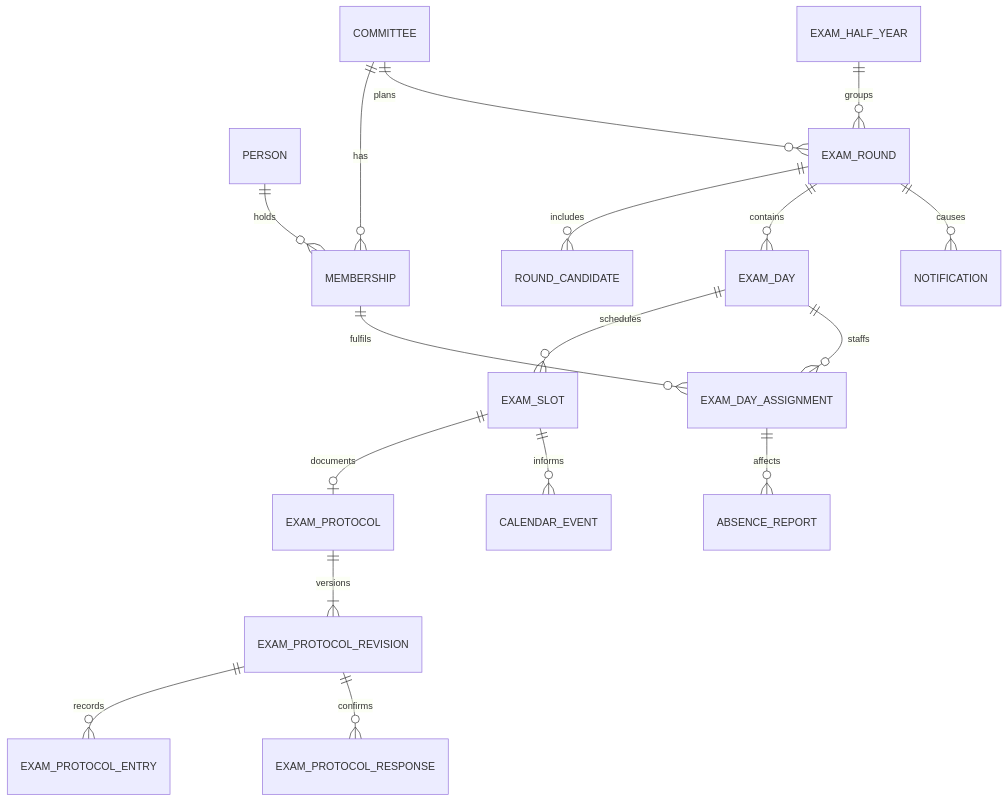
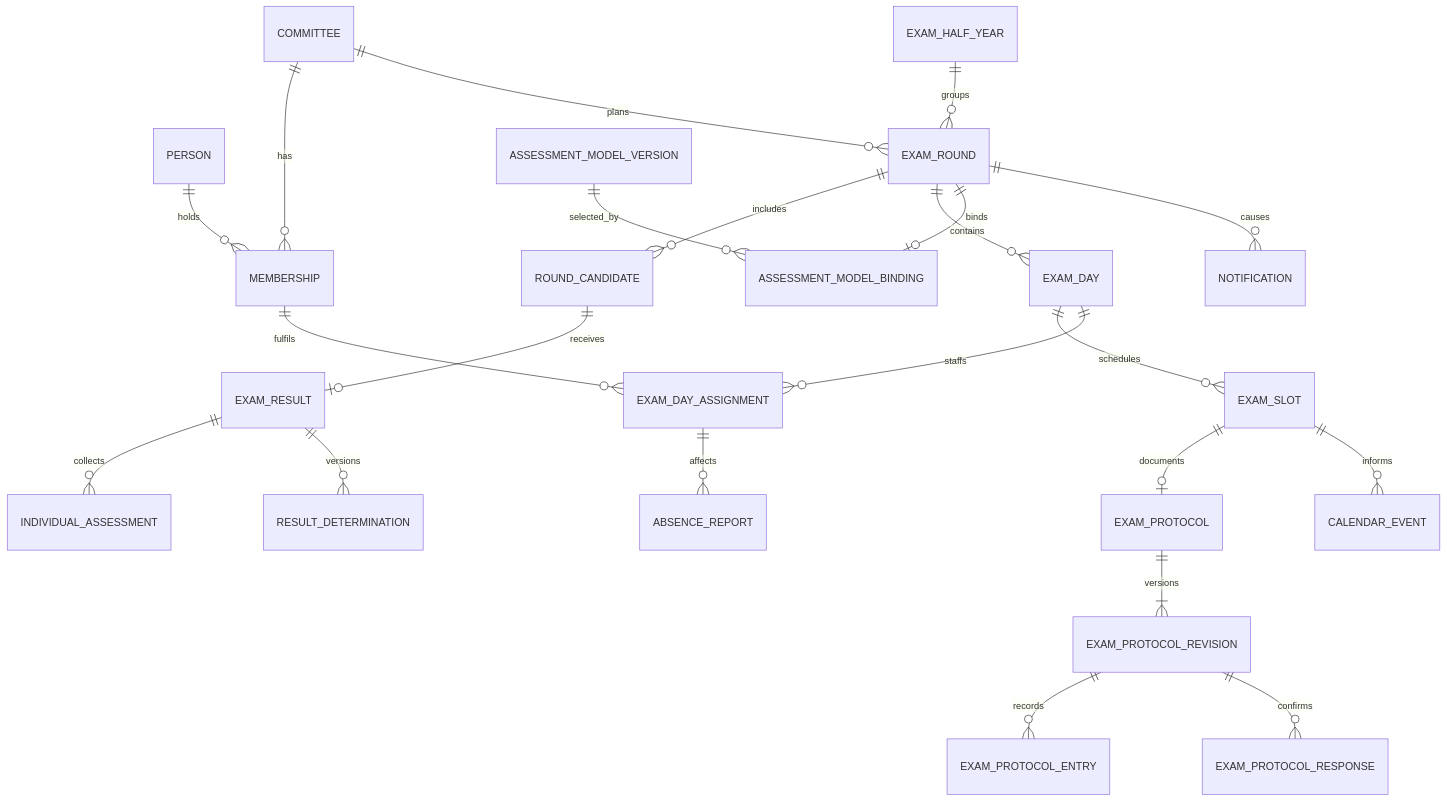
The diagram in docs/developers/domain-model.md (lxndrp/lzug), drawn with Mermaid before and after one commit. The commit also changed other lines of this file and 45 other files, not shown here.

Commit message:
Implement exam result workflow

````diff
--- a/docs/developers/domain-model.md
+++ b/docs/developers/domain-model.md
@@ -9,19 +9,24 @@
 ```mermaid
 erDiagram
   COMMITTEE ||--o{ MEMBERSHIP : has
   PERSON ||--o{ MEMBERSHIP : holds
   COMMITTEE ||--o{ EXAM_ROUND : plans
   EXAM_HALF_YEAR ||--o{ EXAM_ROUND : groups
   EXAM_ROUND ||--o{ ROUND_CANDIDATE : includes
   EXAM_ROUND ||--o{ EXAM_DAY : contains
   EXAM_DAY ||--o{ EXAM_SLOT : schedules
   EXAM_SLOT ||--o| EXAM_PROTOCOL : documents
   EXAM_PROTOCOL ||--|{ EXAM_PROTOCOL_REVISION : versions
   EXAM_PROTOCOL_REVISION ||--o{ EXAM_PROTOCOL_ENTRY : records
   EXAM_PROTOCOL_REVISION ||--o{ EXAM_PROTOCOL_RESPONSE : confirms
+  EXAM_ROUND ||--o| ASSESSMENT_MODEL_BINDING : binds
+  ASSESSMENT_MODEL_VERSION ||--o{ ASSESSMENT_MODEL_BINDING : selected_by
+  ROUND_CANDIDATE ||--o| EXAM_RESULT : receives
+  EXAM_RESULT ||--o{ INDIVIDUAL_ASSESSMENT : collects
+  EXAM_RESULT ||--o{ RESULT_DETERMINATION : versions
   EXAM_DAY ||--o{ EXAM_DAY_ASSIGNMENT : staffs
   MEMBERSHIP ||--o{ EXAM_DAY_ASSIGNMENT : fulfils
   EXAM_ROUND ||--o{ NOTIFICATION : causes
   EXAM_SLOT ||--o{ CALENDAR_EVENT : informs
   EXAM_DAY_ASSIGNMENT ||--o{ ABSENCE_REPORT : affects
 ```
````
